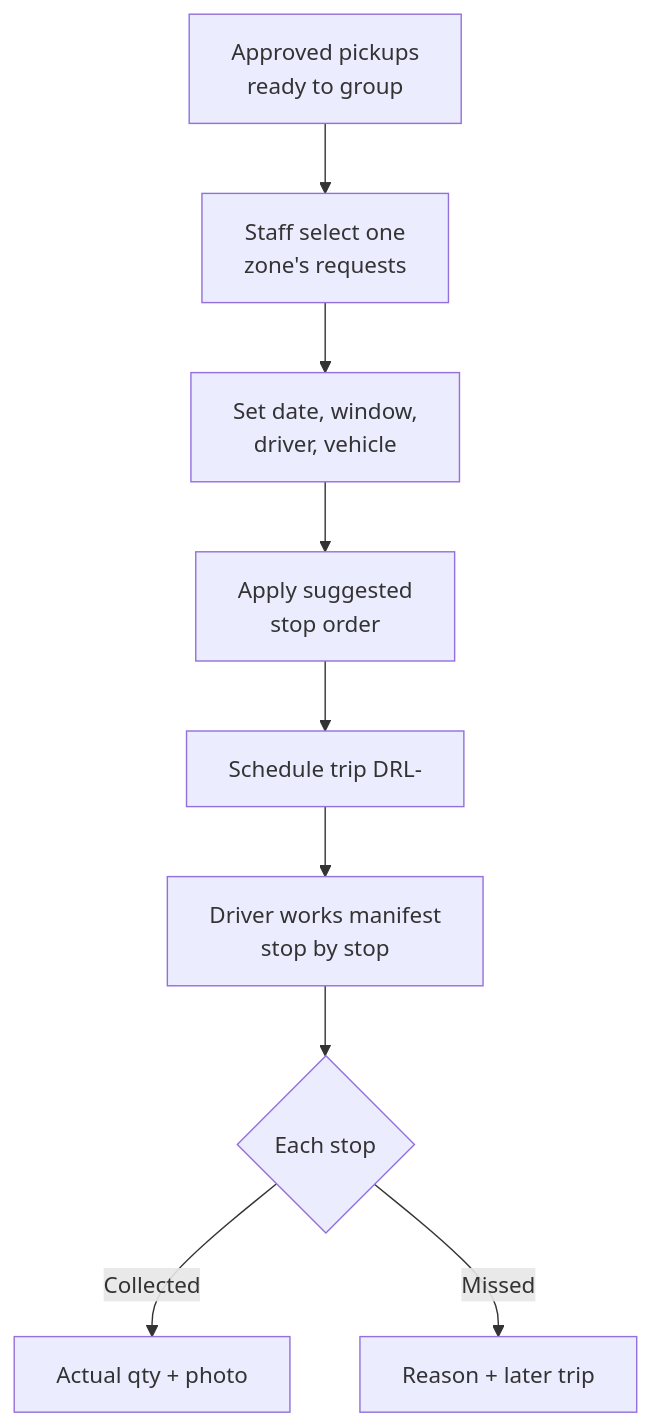
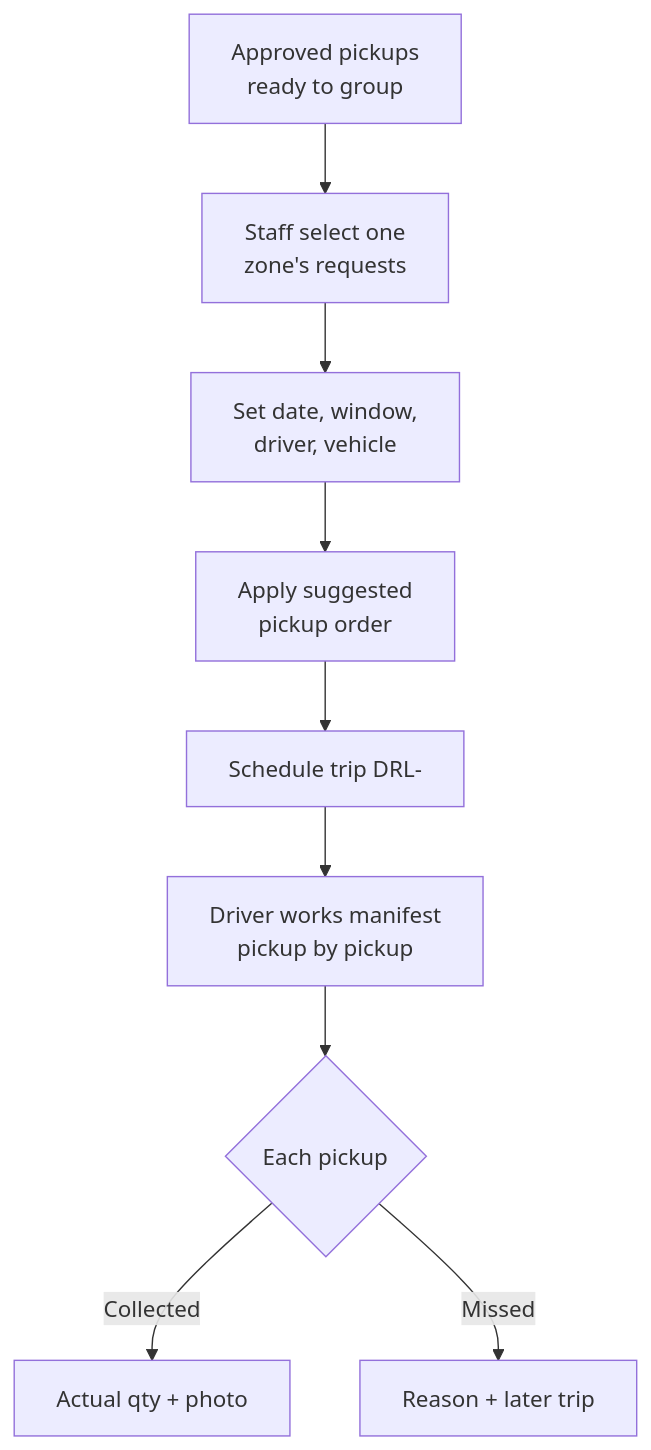
Before and after one commit to DoozieSoftware/cip: the diagram in docs/user-guide/phase-2-trips.md, drawn with Mermaid. The commit also changed other lines of this file and 15 other files, not shown here.

Commit message:
fix(textile): replace visible stop wording with pickup (#24)

````diff
--- a/docs/user-guide/phase-2-trips.md
+++ b/docs/user-guide/phase-2-trips.md
@@ -19,11 +19,11 @@
 ```mermaid
 flowchart TD
     A[Approved pickups<br/>ready to group] --> B[Staff select one<br/>zone's requests]
     B --> C[Set date, window,<br/>driver, vehicle]
-    C --> D[Apply suggested<br/>stop order]
+    C --> D[Apply suggested<br/>pickup order]
     D --> E[Schedule trip DRL-]
-    E --> F[Driver works manifest<br/>stop by stop]
-    F --> G{Each stop}
+    E --> F[Driver works manifest<br/>pickup by pickup]
+    F --> G{Each pickup}
     G -->|Collected| H[Actual qty + photo]
     G -->|Missed| I[Reason + later trip]
 ```
````
